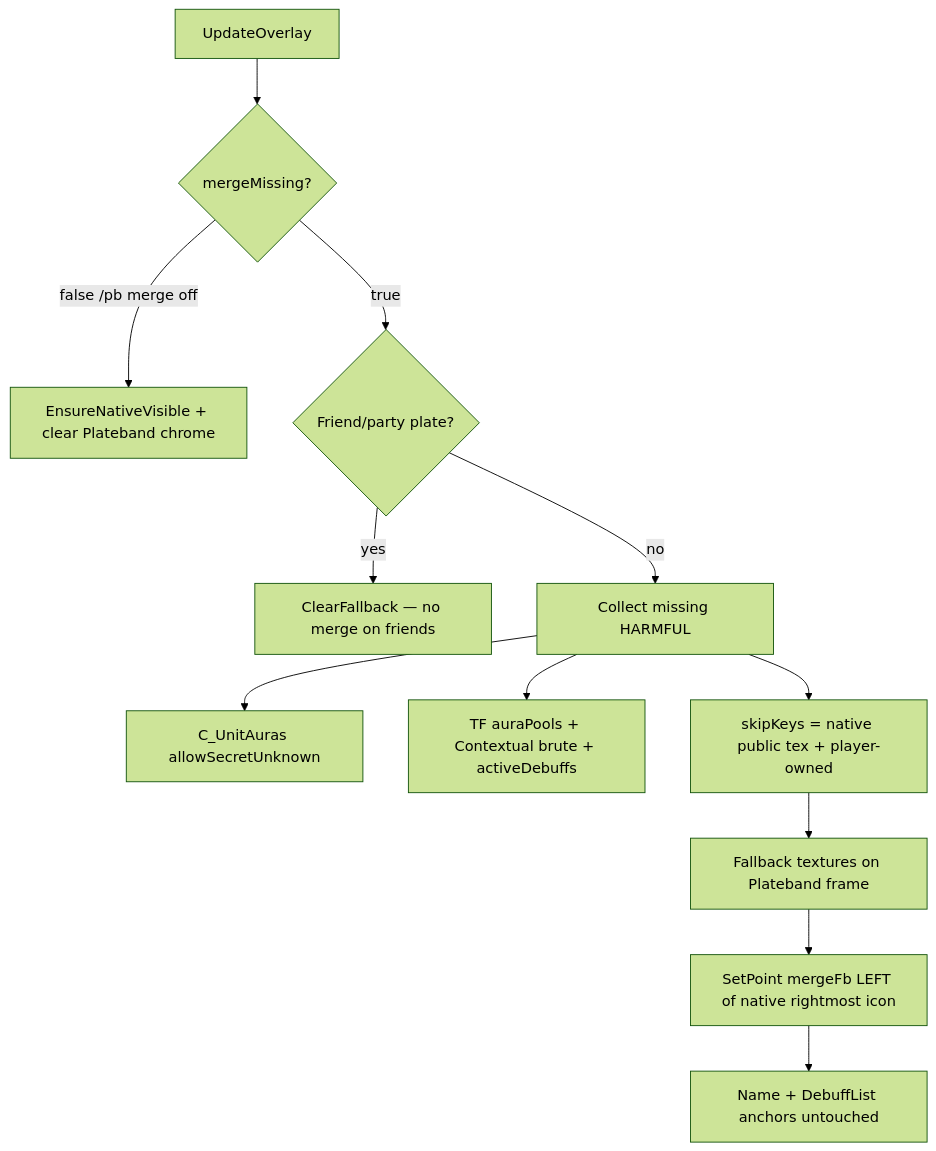
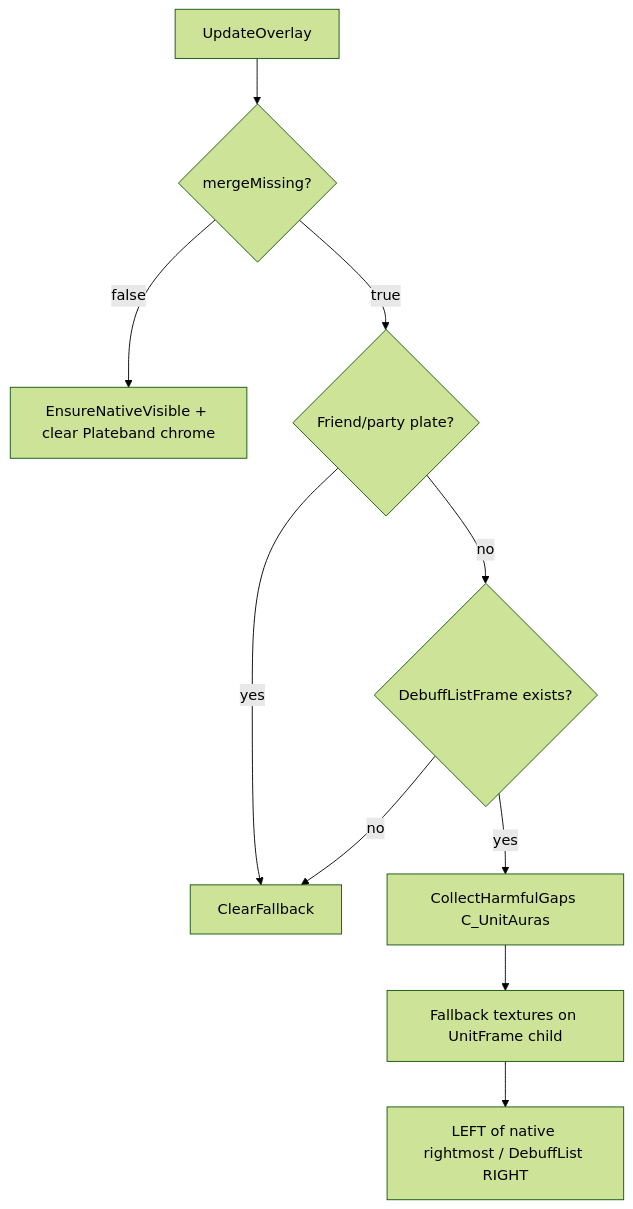
The diagram in addons/Plateband/Docs/merge-design.md (sirTurbisCZ/wow-forever-addons), drawn with Mermaid (forest theme) before and after one commit. The commit also changed other lines of this file and 5 other files, not shown here.

First line of the commit message:
Plateband 0.2.0: native-row gap personal+foreign via C_UnitAuras

````diff
--- a/addons/Plateband/Docs/merge-design.md
+++ b/addons/Plateband/Docs/merge-design.md
@@ -22,14 +24,12 @@
 ```mermaid
 flowchart TD
   tick[UpdateOverlay] --> gate{mergeMissing?}
-  gate -->|false /pb merge off| nativeOnly[EnsureNativeVisible + clear Plateband chrome]
+  gate -->|false| nativeOnly[EnsureNativeVisible + clear Plateband chrome]
   gate -->|true| enemy{Friend/party plate?}
-  enemy -->|yes| skip[ClearFallback — no merge on friends]
-  enemy -->|no| collect[Collect missing HARMFUL]
-  collect --> src1[C_UnitAuras allowSecretUnknown]
-  collect --> src2[TF auraPools + Contextual brute + activeDebuffs]
-  collect --> skipKeys[skipKeys = native public tex + player-owned]
-  skipKeys --> paint[Fallback textures on Plateband frame]
-  paint --> layout[SetPoint mergeFb LEFT of native rightmost icon]
-  layout --> note[Name + DebuffList anchors untouched]
+  enemy -->|yes| skip[ClearFallback]
+  enemy -->|no| row{DebuffListFrame exists?}
+  row -->|no| skip
+  row -->|yes| collect[CollectHarmfulGaps C_UnitAuras]
+  collect --> paint[Fallback textures on UnitFrame child]
+  paint --> layout[LEFT of native rightmost / DebuffList RIGHT]
 ```
````
